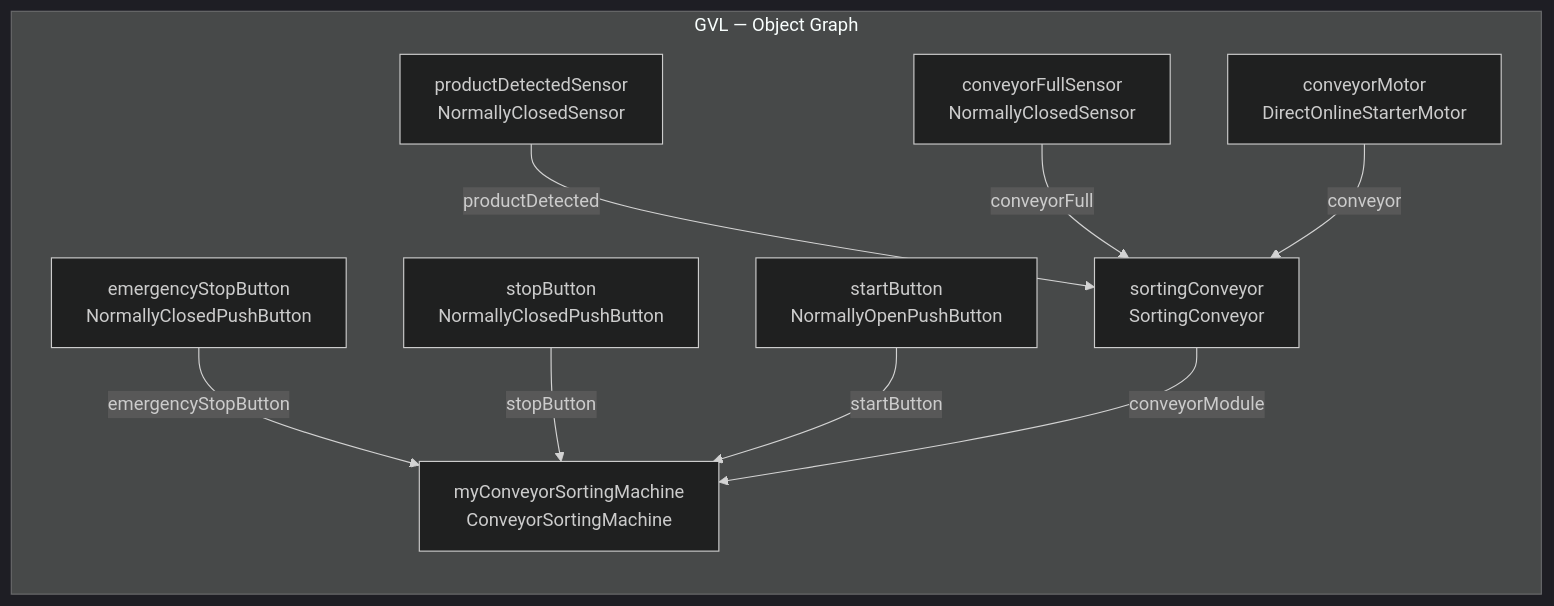
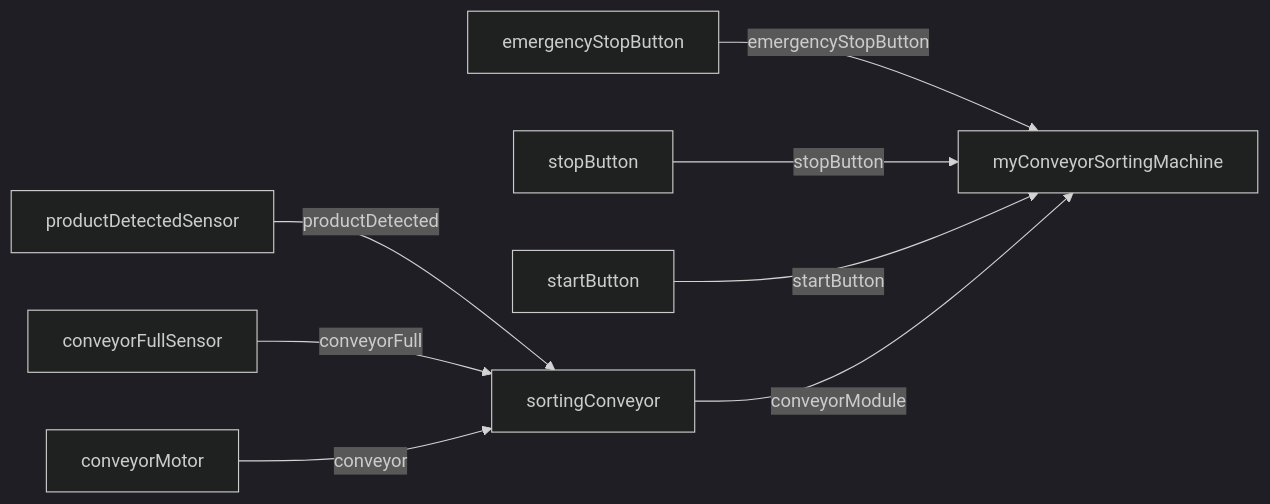
The third of 3 diagrams in doc/code-reference.md (BABE-KimR/TC1200-PLC.training.OOP.plc), drawn with Mermaid (dark theme) before and after one commit. The commit also changed other lines of this file, not shown here.

````diff
--- a/doc/code-reference.md
+++ b/doc/code-reference.md
@@ -234,22 +234,19 @@
 ```mermaid
 graph LR
-    subgraph "GVL — Object Graph"
-        ESB["emergencyStopButton\nNormallyClosedPushButton"]
-        SB["stopButton\nNormallyClosedPushButton"]
-        STB["startButton\nNormallyOpenPushButton"]
-        PDS["productDetectedSensor\nNormallyClosedSensor"]
-        CFS["conveyorFullSensor\nNormallyClosedSensor"]
-        CM["conveyorMotor\nDirectOnlineStarterMotor"]
-        SC["sortingConveyor\nSortingConveyor"]
-        CSM["myConveyorSortingMachine\nConveyorSortingMachine"]
-    end
+    ESB[emergencyStopButton]
+    SB[stopButton]
+    STB[startButton]
+    PDS[productDetectedSensor]
+    CFS[conveyorFullSensor]
+    CM[conveyorMotor]
+    SC[sortingConveyor]
+    CSM[myConveyorSortingMachine]
 
-    PDS -->|productDetected| SC
-    CFS -->|conveyorFull| SC
-    CM  -->|conveyor| SC
-
-    ESB -->|emergencyStopButton| CSM
-    SB  -->|stopButton| CSM
-    STB -->|startButton| CSM
-    SC  -->|conveyorModule| CSM
+    PDS -->|"productDetected"| SC
+    CFS -->|"conveyorFull"| SC
+    CM  -->|"conveyor"| SC
+    ESB -->|"emergencyStopButton"| CSM
+    SB  -->|"stopButton"| CSM
+    STB -->|"startButton"| CSM
+    SC  -->|"conveyorModule"| CSM
 ```
````
